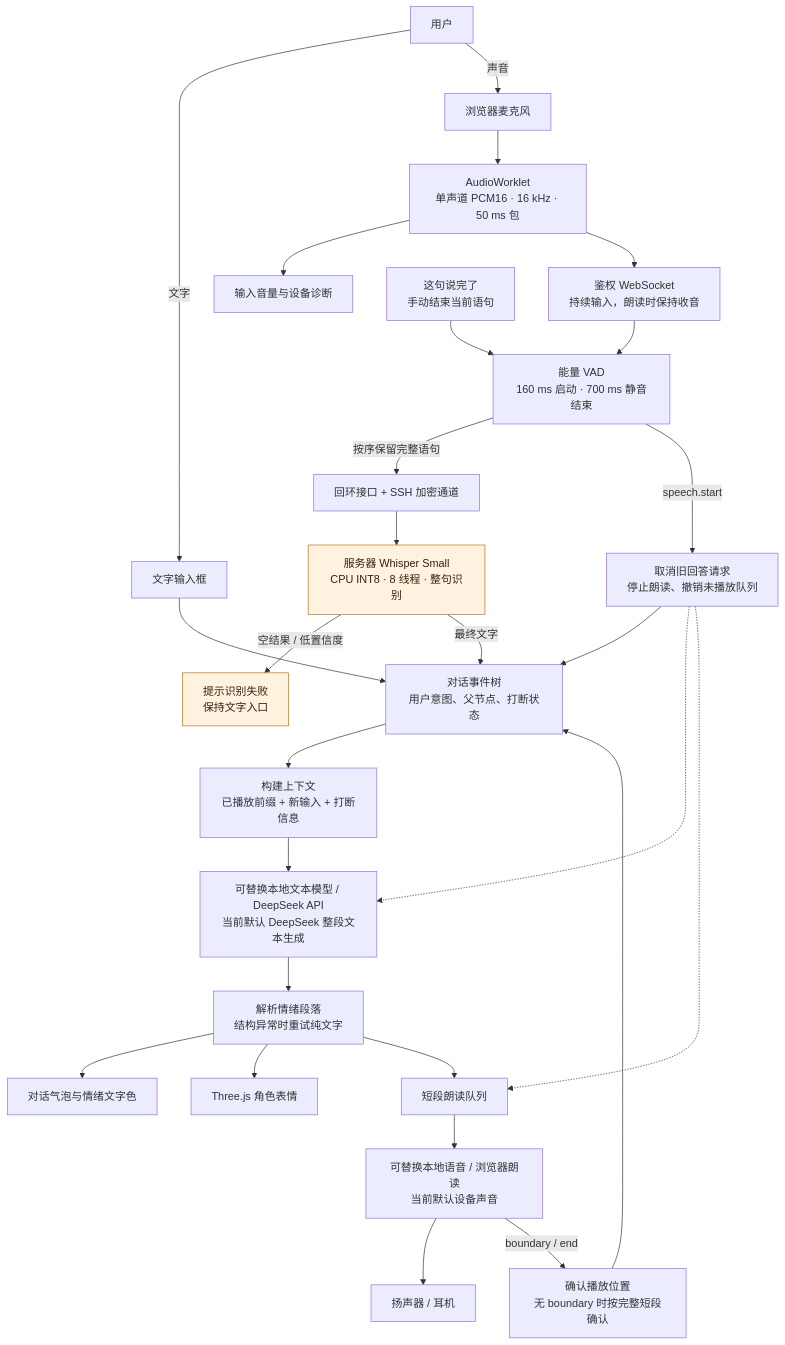
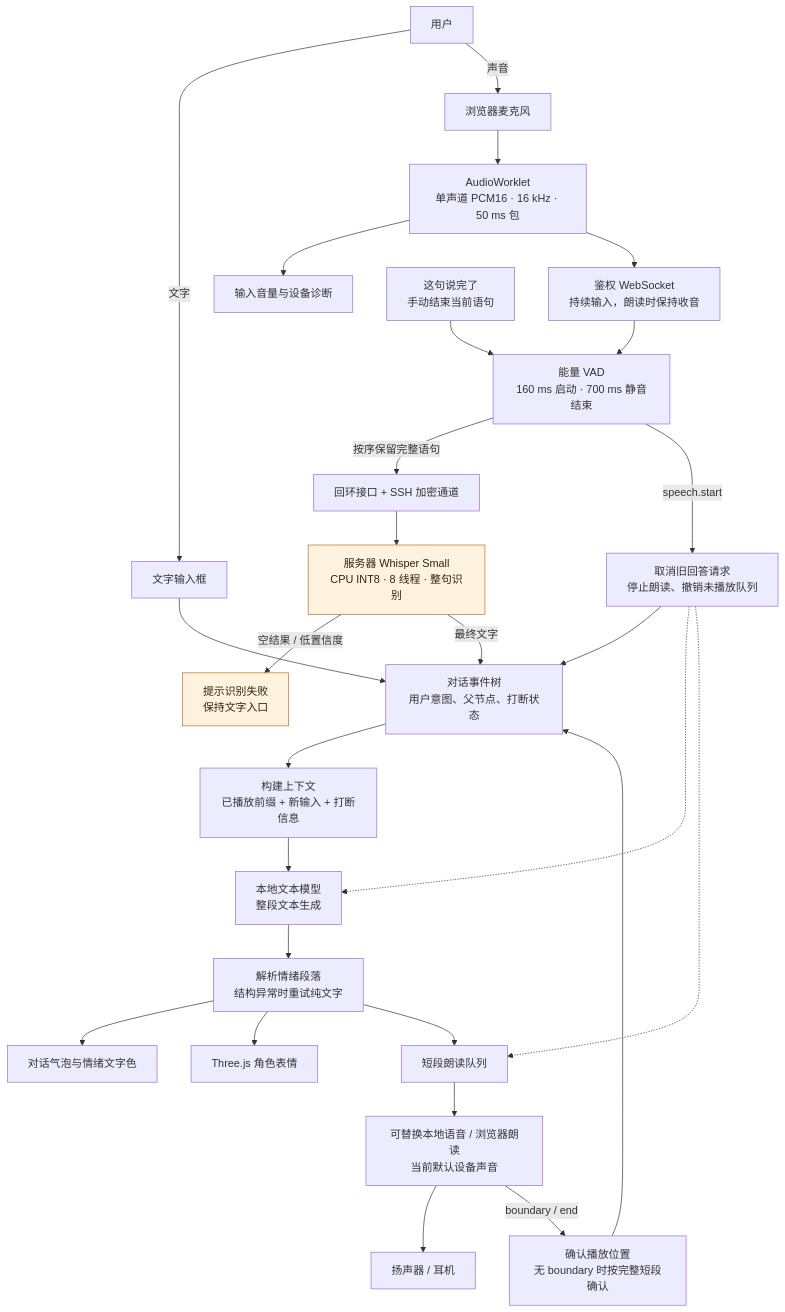
The second of 6 diagrams in docs/MODEL_FLOW.md (wuki-creator/Xim-duplex), drawn with Mermaid before and after one commit. The commit also changed other lines of this file and 20 other files, not shown here.

````diff
--- a/docs/MODEL_FLOW.md
+++ b/docs/MODEL_FLOW.md
@@ -27,32 +27,32 @@
 ```mermaid
 flowchart TD
     U[用户] -->|文字| TEXT[文字输入框]
     U -->|声音| MIC[浏览器麦克风]
     MIC --> CAP[AudioWorklet<br/>单声道 PCM16 · 16 kHz · 50 ms 包]
     CAP --> METER[输入音量与设备诊断]
     CAP --> WS[鉴权 WebSocket<br/>持续输入，朗读时保持收音]
     WS --> VAD[能量 VAD<br/>160 ms 启动 · 700 ms 静音结束]
     FINISH[这句说完了<br/>手动结束当前语句] --> VAD
     VAD -->|按序保留完整语句| TUNNEL[回环接口 + SSH 加密通道]
     TUNNEL --> ASR[服务器 Whisper Small<br/>CPU INT8 · 8 线程 · 整句识别]
     ASR -->|空结果 / 低置信度| FAIL[提示识别失败<br/>保持文字入口]
     ASR -->|最终文字| TURN[对话事件树<br/>用户意图、父节点、打断状态]
     TEXT --> TURN
     TURN --> CTX[构建上下文<br/>已播放前缀 + 新输入 + 打断信息]
-    CTX --> LLM[可替换本地文本模型 / DeepSeek API<br/>当前默认 DeepSeek 整段文本生成]
+    CTX --> LLM[本地文本模型<br/>整段文本生成]
     LLM --> JSON[解析情绪段落<br/>结构异常时重试纯文字]
     JSON --> UI[对话气泡与情绪文字色]
     JSON --> PET[Three.js 角色表情]
     JSON --> CHUNK[短段朗读队列]
     CHUNK --> TTS[可替换本地语音 / 浏览器朗读<br/>当前默认设备声音]
     TTS --> OUT[扬声器 / 耳机]
     TTS -->|boundary / end| ACK[确认播放位置<br/>无 boundary 时按完整短段确认]
     ACK --> TURN
     VAD -->|speech.start| STOP[取消旧回答请求<br/>停止朗读、撤销未播放队列]
     STOP --> TURN
     STOP -.-> LLM
     STOP -.-> CHUNK
 
     classDef pending fill:#fff3df,stroke:#bc7020,color:#34210c;
     class ASR,FAIL pending;
 ```
````
